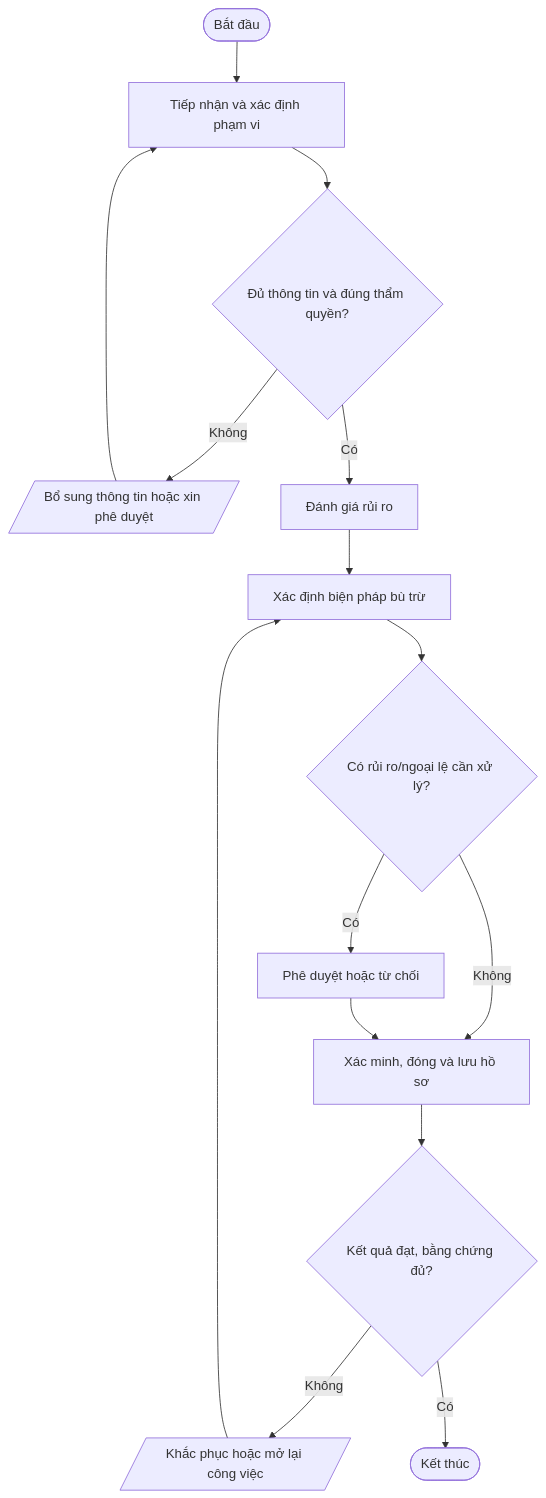
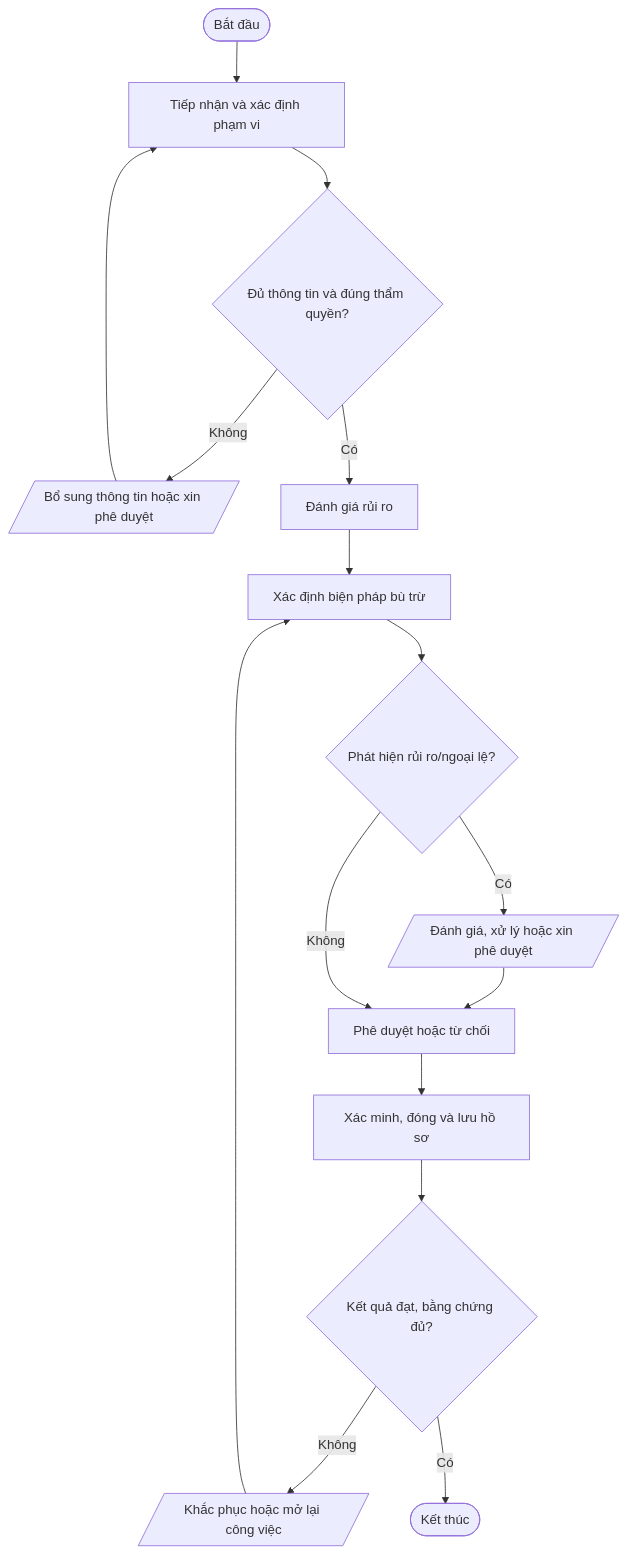
Before and after one commit to daoaigiangnam/Quy_Trinh_Chuan: the fifth of 7 diagrams in quy-trinh/01-Quan-tri-ISMS/README.md, drawn with Mermaid. The commit also changed other lines of this file, not shown here.

Commit message:
docs: correct procedure flowchart decision paths

````diff
--- a/quy-trinh/01-Quan-tri-ISMS/README.md
+++ b/quy-trinh/01-Quan-tri-ISMS/README.md
@@ -405,17 +409,18 @@
 ```mermaid
 flowchart TD
   A([Bắt đầu]) --> S1["Tiếp nhận và xác định phạm vi"]
   S1 --> D1{"Đủ thông tin và đúng thẩm quyền?"}
   D1 -- Không --> F1[/"Bổ sung thông tin hoặc xin phê duyệt"/]
   F1 --> S1
   D1 -- Có --> S2["Đánh giá rủi ro"]
   S2 --> S3["Xác định biện pháp bù trừ"]
-  S3 --> D2{"Có rủi ro/ngoại lệ cần xử lý?"}
-  D2 -- Có --> S4["Phê duyệt hoặc từ chối"]
-  D2 -- Không --> S5["Xác minh, đóng và lưu hồ sơ"]
-  S4 --> S5
+  S3 --> D2{"Phát hiện rủi ro/ngoại lệ?"}
+  D2 -- Có --> RISK[/"Đánh giá, xử lý hoặc xin phê duyệt"/]
+  RISK --> S4["Phê duyệt hoặc từ chối"]
+  D2 -- Không --> S4
+  S4 --> S5["Xác minh, đóng và lưu hồ sơ"]
   S5 --> D3{"Kết quả đạt, bằng chứng đủ?"}
   D3 -- Không --> R[/"Khắc phục hoặc mở lại công việc"/]
   R --> S3
   D3 -- Có --> Z([Kết thúc])
 ```
````
